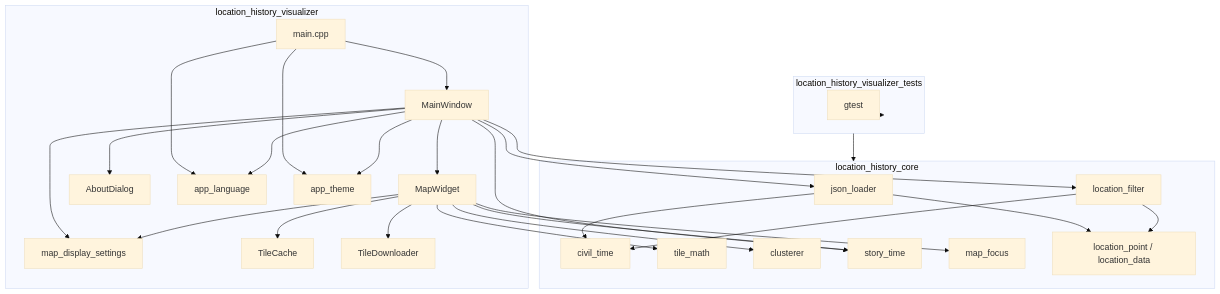
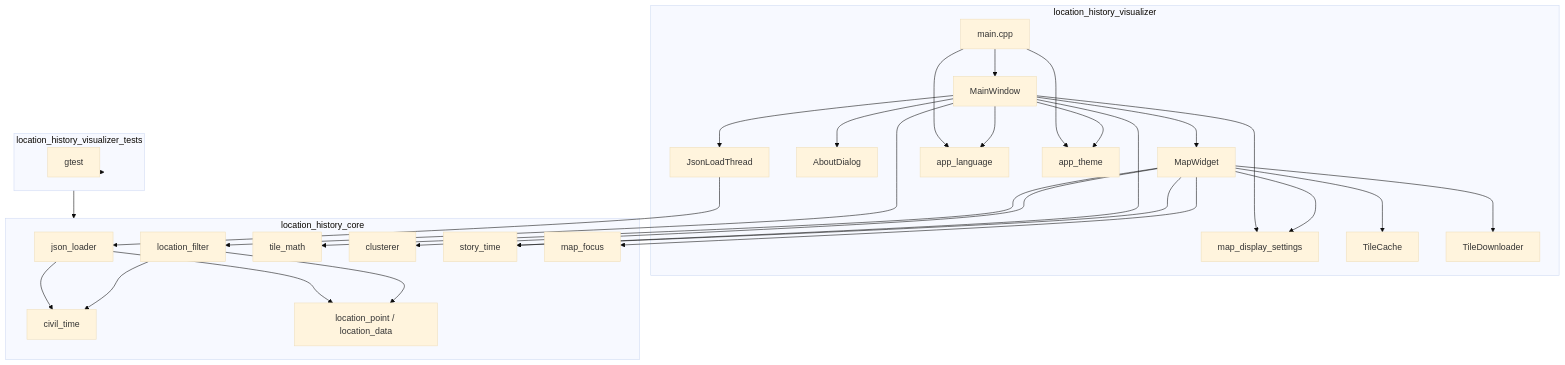
The first of 2 diagrams in doc/architecture.md (ViezTrinker/location-history-visualizer), drawn with Mermaid (base theme) before and after one commit. The commit also changed other lines of this file and 30 other files, not shown here.

Commit message:
Load Thread

````diff
--- a/doc/architecture.md
+++ b/doc/architecture.md
@@ -11,54 +11,56 @@
 ```mermaid
 flowchart TB
   subgraph app [location_history_visualizer]
     mainCpp[main.cpp]
     mainWindow[MainWindow]
     mapWidget[MapWidget]
     aboutDialog[AboutDialog]
+    jsonLoadThread[JsonLoadThread]
     appLanguage[app_language]
     appTheme[app_theme]
     mapDisplaySettings[map_display_settings]
     tileCache[TileCache]
     tileDownloader[TileDownloader]
   end
 
   subgraph core [location_history_core]
     jsonLoader[json_loader]
     filter[location_filter]
     civilTime[civil_time]
     tileMath[tile_math]
     clusterer[clusterer]
     storyTime[story_time]
     mapFocus[map_focus]
     dataModel[location_point / location_data]
   end
 
   subgraph tests [location_history_visualizer_tests]
     gtest[gtest]
   end
 
   mainCpp --> mainWindow
   mainCpp --> appLanguage
   mainCpp --> appTheme
   mainWindow --> mapWidget
   mainWindow --> aboutDialog
   mainWindow --> appLanguage
   mainWindow --> appTheme
   mainWindow --> mapDisplaySettings
   mapWidget --> mapDisplaySettings
-  mainWindow --> jsonLoader
+  mainWindow --> jsonLoadThread
+  jsonLoadThread --> jsonLoader
   mainWindow --> filter
   mainWindow --> storyTime
   mapWidget --> tileCache
   mapWidget --> tileDownloader
   mapWidget --> tileMath
   mapWidget --> clusterer
   mapWidget --> storyTime
   mapWidget --> mapFocus
   jsonLoader --> dataModel
   jsonLoader --> civilTime
   filter --> dataModel
   filter --> civilTime
   tests --> core
   tests --> gtest
 ```
````
